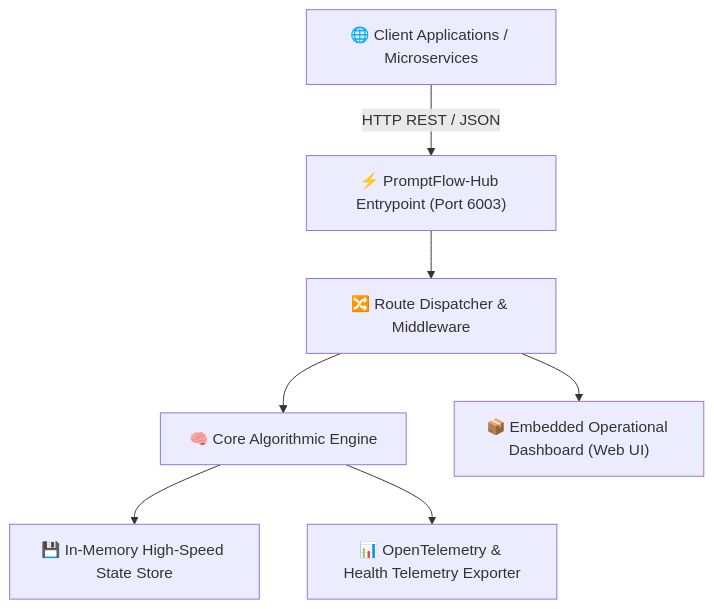
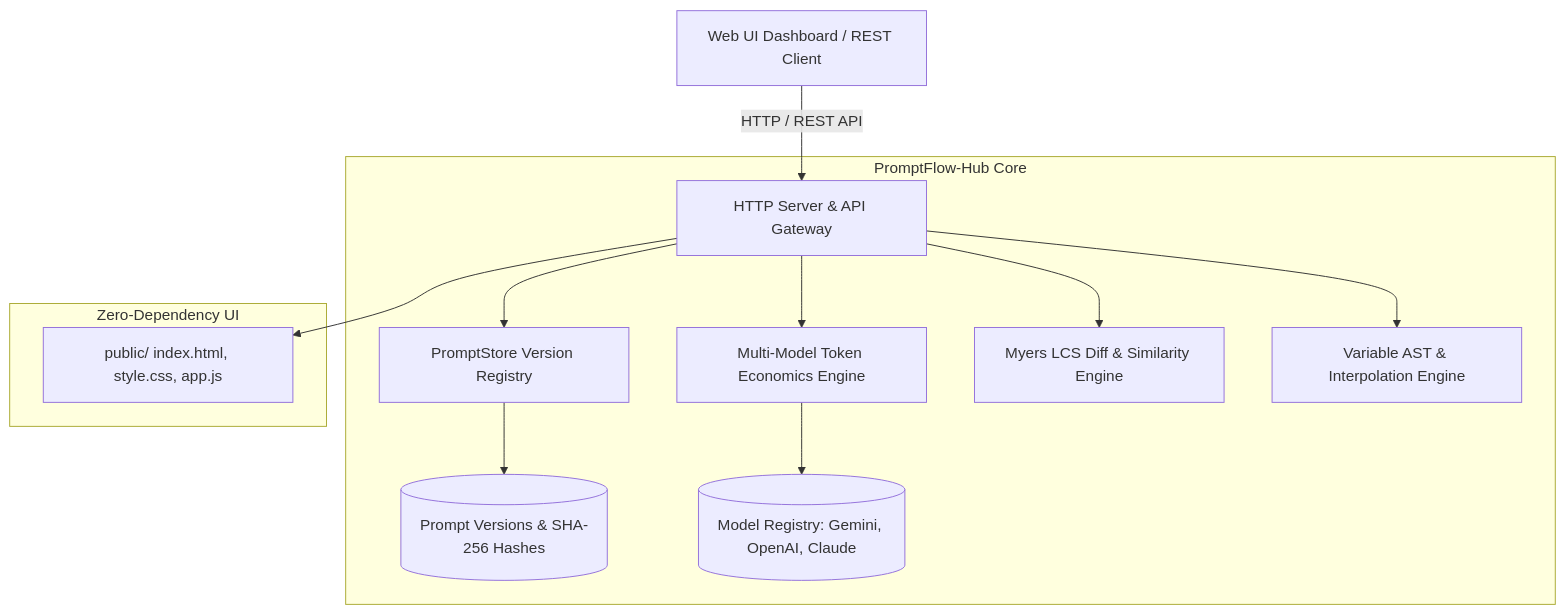
The diagram in README.md (alinurettin/PromptFlow-Hub), drawn with Mermaid before and after one commit. The commit also changed other lines of this file and 16 other files, not shown here.

Commit message:
feat: upgrade PromptFlow-Hub to v2.0.0 enterprise LLMOps studio with Myers LCS diff and 25 non-mocked tests

````diff
--- a/README.md
+++ b/README.md
@@ -22,9 +30,18 @@
 ```mermaid
 flowchart TD
-    Client["🌐 Client Applications / Microservices"] -->|HTTP REST / JSON| Gateway["⚡ PromptFlow-Hub Entrypoint (Port 6003)"]
-    Gateway --> Router["🔀 Route Dispatcher & Middleware"]
-    Router --> Engine["🧠 Core Algorithmic Engine"]
-    Engine --> Storage["💾 In-Memory High-Speed State Store"]
-    Router --> Static["📦 Embedded Operational Dashboard (Web UI)"]
-    Engine --> Metrics["📊 OpenTelemetry & Health Telemetry Exporter"]
+    Client[Web UI Dashboard / REST Client] -->|HTTP / REST API| Server[HTTP Server & API Gateway]
+    
+    subgraph Core LLMOps Engine [PromptFlow-Hub Core]
+        Server --> Registry[PromptStore Version Registry]
+        Server --> TokenEngine[Multi-Model Token Economics Engine]
+        Server --> DiffEngine[Myers LCS Diff & Similarity Engine]
+        Server --> InterpEngine[Variable AST & Interpolation Engine]
+        
+        Registry --> VersionNodes[(Prompt Versions & SHA-256 Hashes)]
+        TokenEngine --> ModelSpecs[(Model Registry: Gemini, OpenAI, Claude)]
+    end
+    
+    subgraph Static Delivery [Zero-Dependency UI]
+        Server --> StaticFiles[public/ index.html, style.css, app.js]
+    end
 ```
````
